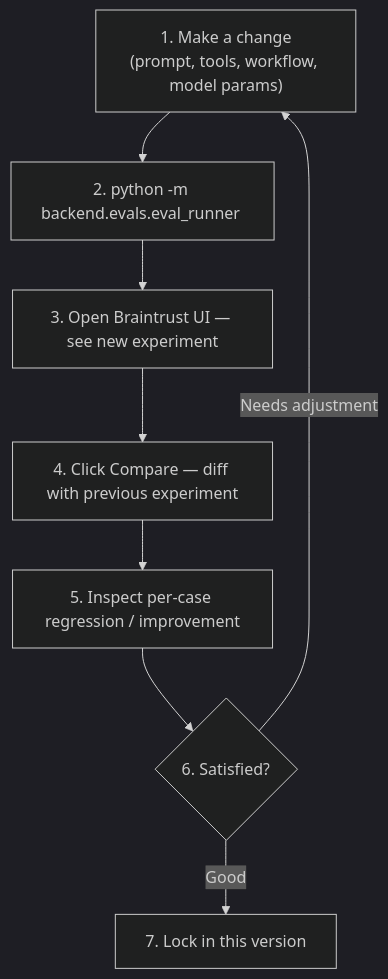
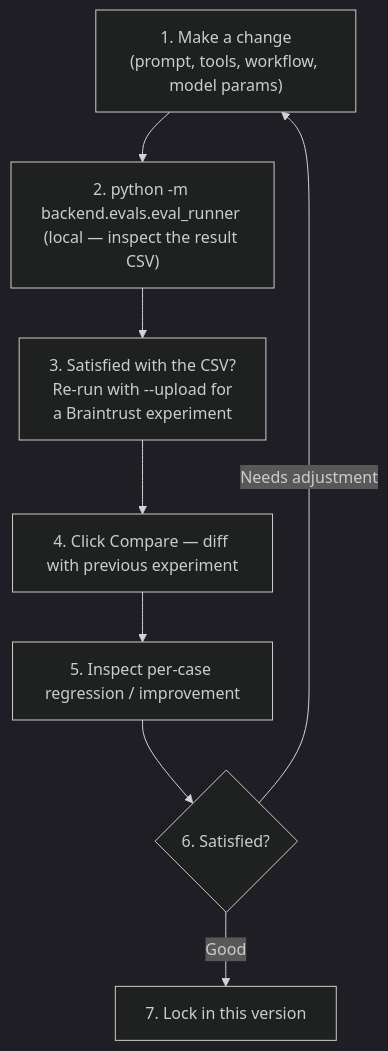
Before and after one commit to wei-yiting/fin-lab-x: the second of 2 diagrams in backend/evals/README.md, drawn with Mermaid (dark theme). The commit also changed other lines of this file and 7 other files, not shown here.

First line of the commit message:
refactor(evals): single-run eval executor, default no-upload (DEV-102 E1)

````diff
--- a/backend/evals/README.md
+++ b/backend/evals/README.md
@@ -188,14 +191,14 @@
 ```mermaid
 graph TD
     A["1. Make a change<br/>(prompt, tools, workflow, model params)"]
-    B["2. python -m backend.evals.eval_runner <scenario>"]
-    C["3. Open Braintrust UI — see new experiment"]
+    B["2. python -m backend.evals.eval_runner <scenario><br/>(local — inspect the result CSV)"]
+    C["3. Satisfied with the CSV?<br/>Re-run with --upload for<br/>a Braintrust experiment"]
     D["4. Click Compare — diff with previous experiment"]
     E["5. Inspect per-case regression / improvement"]
     F{"6. Satisfied?"}
     G["7. Lock in this version"]
 
     A --> B --> C --> D --> E --> F
     F -->|Needs adjustment| A
     F -->|Good| G
 ```
````
